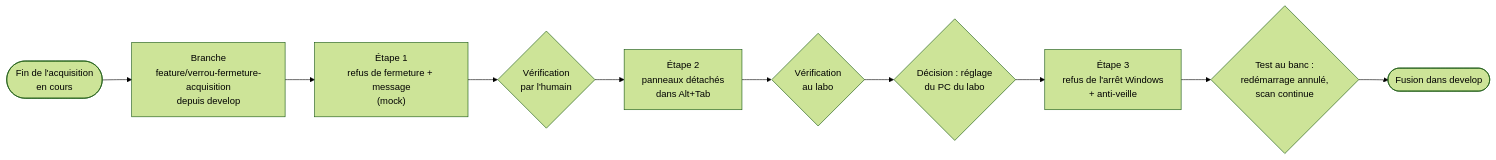
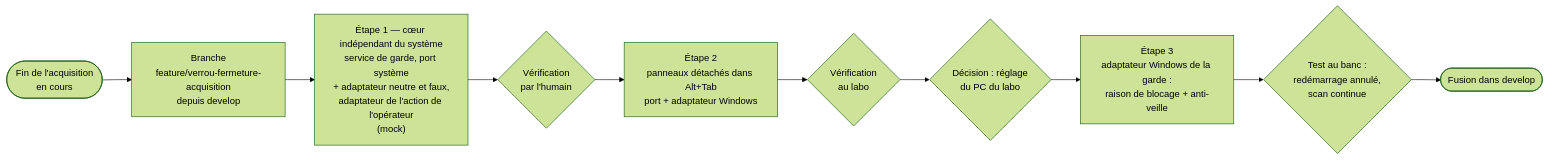
One commit to Luciosmic/AEFI_Acquisition changed the tenth of 10 diagrams in _system/ops/traces/verrou-de-fermeture-et-fenetres-detachees/plan - verrou de fermeture et fenetres detachees.md. Above: the diagram before and after it, drawn with Mermaid (forest theme). The commit also changed other lines of this file, not shown here.

Commit message:
docs(plan): verrou de fermeture indépendant du système — service de garde, port système avec adaptateurs Windows et neutre, adaptateur de l'action de l'opérateur

````diff
--- a/_system/ops/traces/verrou-de-fermeture-et-fenetres-detachees/plan - verrou de fermeture et fenetres detachees.md
+++ b/_system/ops/traces/verrou-de-fermeture-et-fenetres-detachees/plan - verrou de fermeture et fenetres detachees.md
@@ -229,12 +327,12 @@
 ```mermaid
 flowchart LR
     Z(["Fin de l'acquisition<br/>en cours"]) --> B0["Branche<br/>feature/verrou-fermeture-acquisition<br/>depuis develop"]
-    B0 --> S1["Étape 1<br/>refus de fermeture + message<br/>(mock)"]
+    B0 --> S1["Étape 1 — cœur indépendant du système<br/>service de garde, port système<br/>+ adaptateur neutre et faux,<br/>adaptateur de l'action de l'opérateur<br/>(mock)"]
     S1 --> V1{"Vérification<br/>par l'humain"}
-    V1 --> S2["Étape 2<br/>panneaux détachés<br/>dans Alt+Tab"]
+    V1 --> S2["Étape 2<br/>panneaux détachés dans Alt+Tab<br/>port + adaptateur Windows"]
     S2 --> V2{"Vérification<br/>au labo"}
     V2 --> K{"Décision : réglage<br/>du PC du labo"}
-    K --> S3["Étape 3<br/>refus de l'arrêt Windows<br/>+ anti-veille"]
+    K --> S3["Étape 3<br/>adaptateur Windows de la garde :<br/>raison de blocage + anti-veille"]
     S3 --> V3{"Test au banc :<br/>redémarrage annulé,<br/>scan continue"}
     V3 --> MG(["Fusion dans develop"])
 ```
````
